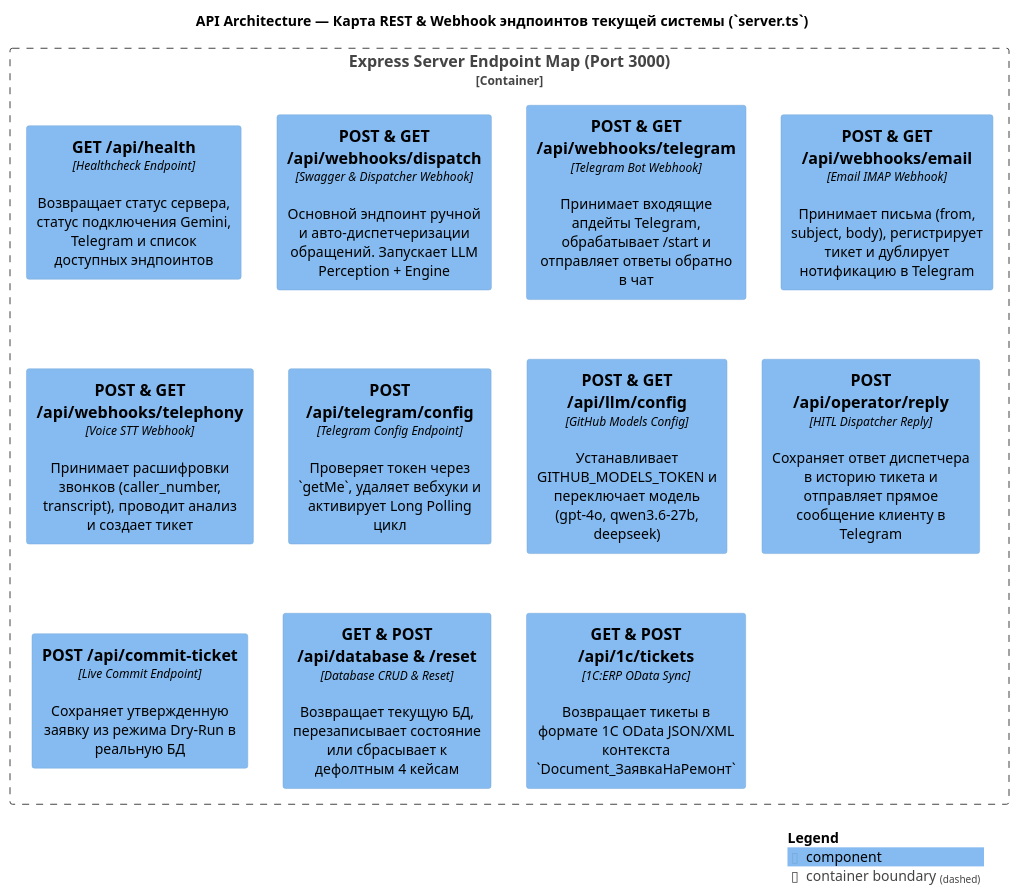
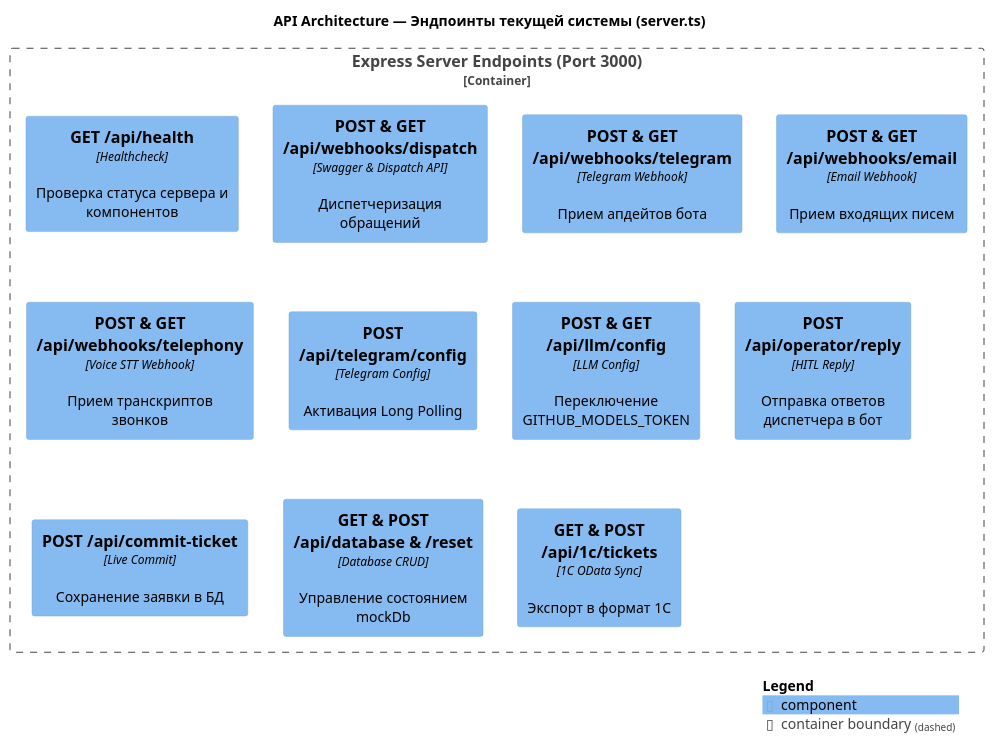
Before and after one commit to ParallelNoMinded/Text2Business: the diagram in architecture/current_as_is/diagrams/api_routes_current.puml, drawn with PlantUML. The commit also changed 17 other files, not shown here.

```diff
--- a/architecture/current_as_is/diagrams/api_routes_current.puml
+++ b/architecture/current_as_is/diagrams/api_routes_current.puml
@@ -1,33 +1,22 @@
 @startuml api_routes_current
-!include <C4/C4_Component>
+!include <C4/C4_Component.puml>
 LAYOUT_TOP_DOWN()
 
-title API Architecture — Карта REST & Webhook эндпоинтов текущей системы (`server.ts`)
+title API Architecture — Эндпоинты текущей системы (server.ts)
 
-Container_Boundary(express_app, "Express Server Endpoint Map (Port 3000)") {
-  
-  Component(ep_health, "GET /api/health", "Healthcheck Endpoint", "Возвращает статус сервера, статус подключения Gemini, Telegram и список доступных эндпоинтов")
-  
-  Component(ep_dispatch, "POST & GET /api/webhooks/dispatch", "Swagger & Dispatcher Webhook", "Основной эндпоинт ручной и авто-диспетчеризации обращений. Запускает LLM Perception + Engine")
-  
-  Component(ep_tg_webhook, "POST & GET /api/webhooks/telegram", "Telegram Bot Webhook", "Принимает входящие апдейты Telegram, обрабатывает /start и отправляет ответы обратно в чат")
-  
-  Component(ep_email_webhook, "POST & GET /api/webhooks/email", "Email IMAP Webhook", "Принимает письма (from, subject, body), регистрирует тикет и дублирует нотификацию в Telegram")
-  
-  Component(ep_voice_webhook, "POST & GET /api/webhooks/telephony", "Voice STT Webhook", "Принимает расшифровки звонков (caller_number, transcript), проводит анализ и создает тикет")
-  
-  Component(ep_tg_config, "POST /api/telegram/config", "Telegram Config Endpoint", "Проверяет токен через `getMe`, удаляет вебхуки и активирует Long Polling цикл")
-  
-  Component(ep_llm_config, "POST & GET /api/llm/config", "GitHub Models Config", "Устанавливает GITHUB_MODELS_TOKEN и переключает модель (gpt-4o, qwen3.6-27b, deepseek)")
-  
-  Component(ep_operator_reply, "POST /api/operator/reply", "HITL Dispatcher Reply", "Сохраняет ответ диспетчера в историю тикета и отправляет прямое сообщение клиенту в Telegram")
-  
-  Component(ep_commit_ticket, "POST /api/commit-ticket", "Live Commit Endpoint", "Сохраняет утвержденную заявку из режима Dry-Run в реальную БД")
-  
-  Component(ep_database, "GET & POST /api/database & /reset", "Database CRUD & Reset", "Возвращает текущую БД, перезаписывает состояние или сбрасывает к дефолтным 4 кейсам")
-  
-  Component(ep_1c_odata, "GET & POST /api/1c/tickets", "1C:ERP OData Sync", "Возвращает тикеты в формате 1C OData JSON/XML контекста `Document_ЗаявкаНаРемонт`")
+Container_Boundary(express_app, "Express Server Endpoints (Port 3000)") {
+  Component(ep_health, "GET /api/health", "Healthcheck", "Проверка статуса сервера и компонентов")
+  Component(ep_dispatch, "POST & GET /api/webhooks/dispatch", "Swagger & Dispatch API", "Диспетчеризация обращений")
+  Component(ep_tg_webhook, "POST & GET /api/webhooks/telegram", "Telegram Webhook", "Прием апдейтов бота")
+  Component(ep_email_webhook, "POST & GET /api/webhooks/email", "Email Webhook", "Прием входящих писем")
+  Component(ep_voice_webhook, "POST & GET /api/webhooks/telephony", "Voice STT Webhook", "Прием транскриптов звонков")
+  Component(ep_tg_config, "POST /api/telegram/config", "Telegram Config", "Активация Long Polling")
+  Component(ep_llm_config, "POST & GET /api/llm/config", "LLM Config", "Переключение GITHUB_MODELS_TOKEN")
+  Component(ep_operator_reply, "POST /api/operator/reply", "HITL Reply", "Отправка ответов диспетчера в бот")
+  Component(ep_commit_ticket, "POST /api/commit-ticket", "Live Commit", "Сохранение заявки в БД")
+  Component(ep_database, "GET & POST /api/database & /reset", "Database CRUD", "Управление состоянием mockDb")
+  Component(ep_1c_odata, "GET & POST /api/1c/tickets", "1C OData Sync", "Экспорт в формат 1С")
 }
 
 SHOW_LEGEND()
 @enduml
```
